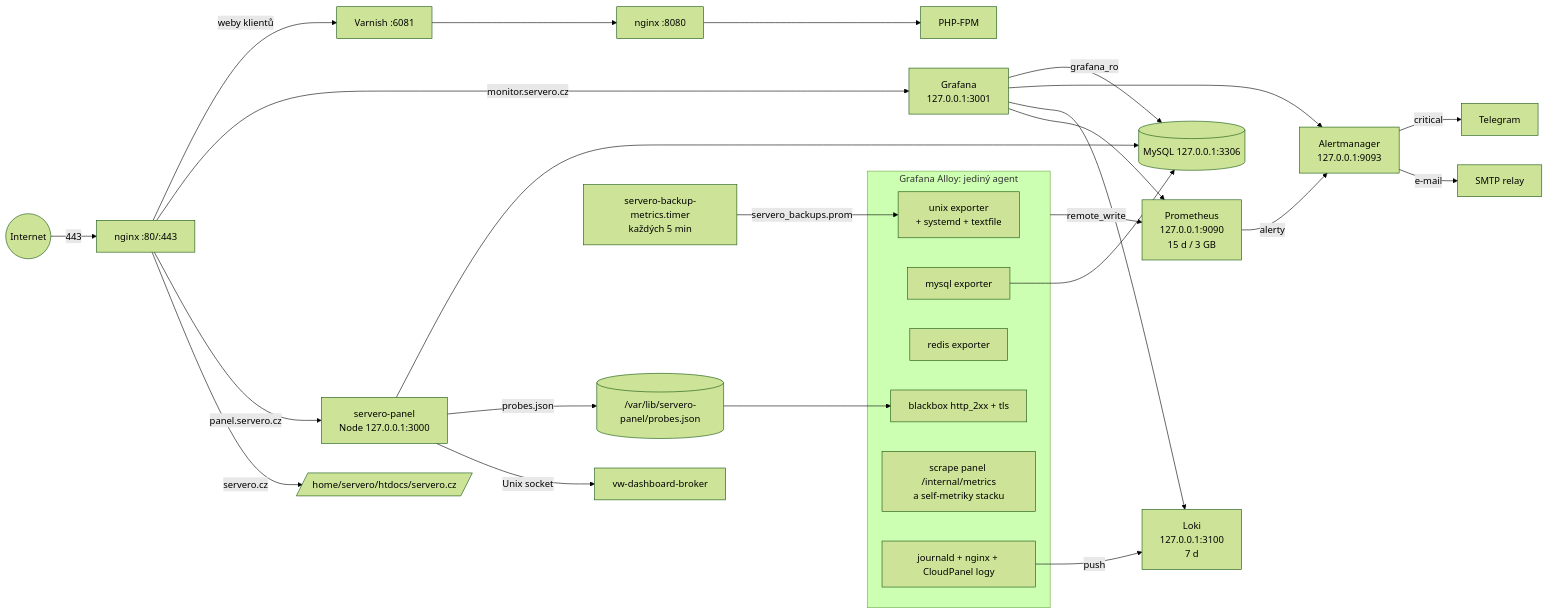
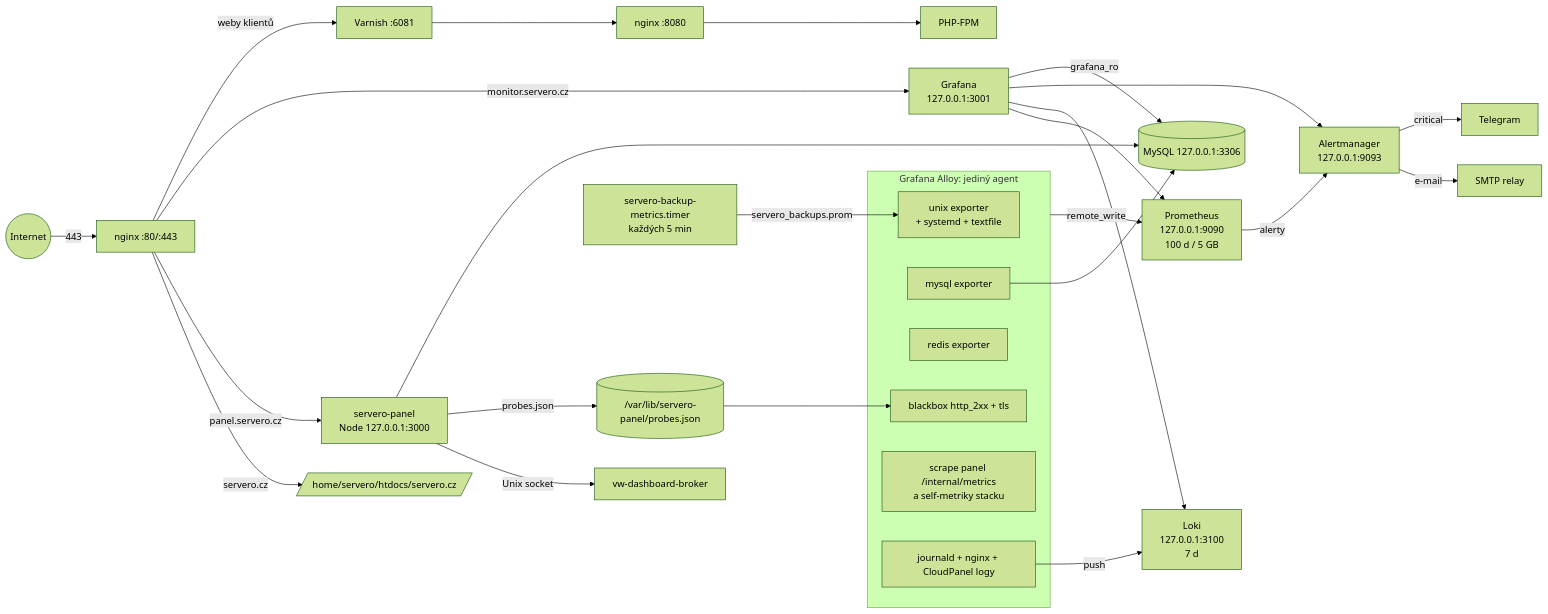
Before and after one commit to kunespe/wedos: the diagram in ops/README.md, drawn with Mermaid (forest theme). The commit also changed other lines of this file and 32 other files, not shown here.

````diff
--- a/ops/README.md
+++ b/ops/README.md
@@ -13,33 +31,33 @@
 ```mermaid
 flowchart LR
     internet((Internet)) -->|443| nginx[nginx :80/:443]
     nginx -->|servero.cz| static[/home/servero/htdocs/servero.cz/]
     nginx -->|panel.servero.cz| panel[servero-panel<br/>Node 127.0.0.1:3000]
     nginx -->|monitor.servero.cz| grafana[Grafana<br/>127.0.0.1:3001]
     nginx -->|weby klientů| varnish[Varnish :6081] --> backend[nginx :8080] --> php[PHP-FPM]
     panel -->|Unix socket| broker[vw-dashboard-broker]
     panel -->|probes.json| probes[(/var/lib/servero-panel/probes.json)]
     panel --> mysql[(MySQL 127.0.0.1:3306)]
 
     subgraph alloy[Grafana Alloy: jediný agent]
         unix[unix exporter<br/>+ systemd + textfile]
         myexp[mysql exporter]
         redisexp[redis exporter]
         bb[blackbox http_2xx + tls]
         scrape[scrape panel /internal/metrics<br/>a self-metriky stacku]
         logs[journald + nginx + CloudPanel logy]
     end
 
     probes --> bb
     timer[servero-backup-metrics.timer<br/>každých 5 min] -->|servero_backups.prom| unix
     myexp --> mysql
-    alloy -->|remote_write| prom[Prometheus<br/>127.0.0.1:9090<br/>15 d / 3 GB]
+    alloy -->|remote_write| prom[Prometheus<br/>127.0.0.1:9090<br/>100 d / 5 GB]
     logs -->|push| loki[Loki<br/>127.0.0.1:3100<br/>7 d]
     prom -->|alerty| am[Alertmanager<br/>127.0.0.1:9093]
     am -->|e-mail| mail[SMTP relay]
     am -->|critical| tg[Telegram]
     grafana --> prom
     grafana --> loki
     grafana --> am
     grafana -->|grafana_ro| mysql
 ```
````
